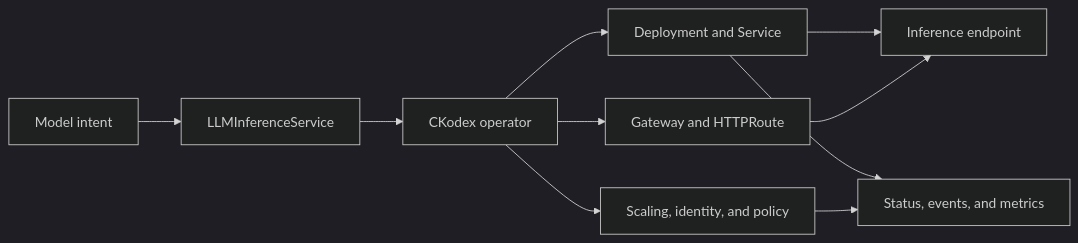
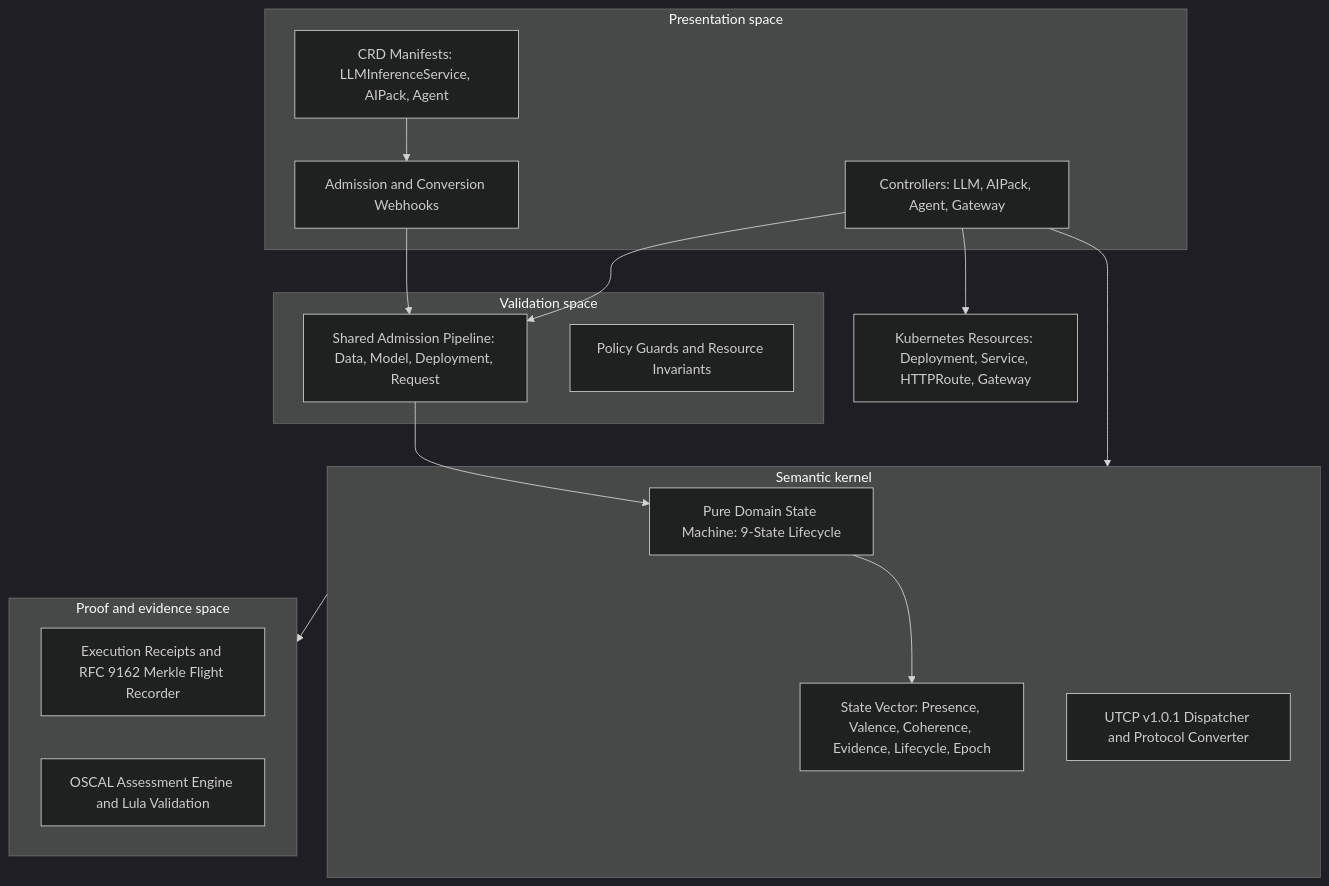
Before and after one commit to ckodex-labs/ckodex-kserve-llm: the diagram in README.md, drawn with Mermaid (dark theme). The commit also changed other lines of this file and 36 other files, not shown here.

First line of the commit message:
docs(release): elevate operator documentation and CRD samples to v0.20.0 standard

````diff
--- a/README.md
+++ b/README.md
@@ -24,12 +37,33 @@
 ```mermaid
-flowchart LR
-    A["Model intent"] --> B["LLMInferenceService"]
-    B --> C["CKodex operator"]
-    C --> D["Deployment and Service"]
-    C --> E["Gateway and HTTPRoute"]
-    C --> F["Scaling, identity, and policy"]
-    D --> G["Inference endpoint"]
-    E --> G
-    D --> H["Status, events, and metrics"]
-    F --> H
+flowchart TD
+    subgraph Presentation["Presentation space"]
+        CR["CRD Manifests: LLMInferenceService, AIPack, Agent"]
+        Ctrl["Controllers: LLM, AIPack, Agent, Gateway"]
+        WH["Admission and Conversion Webhooks"]
+    end
+
+    subgraph Validation["Validation space"]
+        Val["Shared Admission Pipeline: Data, Model, Deployment, Request"]
+        Pol["Policy Guards and Resource Invariants"]
+    end
+
+    subgraph Kernel["Semantic kernel"]
+        SK["Pure Domain State Machine: 9-State Lifecycle"]
+        SV["State Vector: Presence, Valence, Coherence, Evidence, Lifecycle, Epoch"]
+        UTCP["UTCP v1.0.1 Dispatcher and Protocol Converter"]
+    end
+
+    subgraph Proof["Proof and evidence space"]
+        Receipt["Execution Receipts and RFC 9162 Merkle Flight Recorder"]
+        OSCAL["OSCAL Assessment Engine and Lula Validation"]
+    end
+
+    CR --> WH
+    WH --> Val
+    Ctrl --> Val
+    Val --> SK
+    SK --> SV
+    Ctrl --> Kernel
+    Kernel --> Proof
+    Ctrl --> K8s["Kubernetes Resources: Deployment, Service, HTTPRoute, Gateway"]
 ```
````
